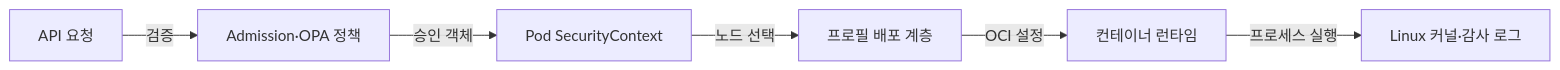
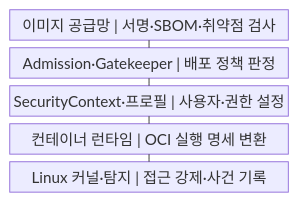
One commit to agnusdei1207/knowledge-base changed the first of 2 diagrams in src/content/docs/notes/03-software/158_container_security.md. Above: the diagram before and after it, drawn with Mermaid. The commit also changed other lines of this file and 20 other files, not shown here.

````diff
--- a/src/content/docs/notes/03-software/158_container_security.md
+++ b/src/content/docs/notes/03-software/158_container_security.md
@@ -62,8 +56,13 @@
 ```mermaid
-flowchart LR
-    A["API 요청"] -->|"검증"| P["Admission·OPA 정책"]
-    P -->|"승인 객체"| S["Pod SecurityContext"]
-    S -->|"노드 선택"| D["프로필 배포 계층"]
-    D -->|"OCI 설정"| R["컨테이너 런타임"]
-    R -->|"프로세스 실행"| K["Linux 커널·감사 로그"]
+block
+    columns 1
+    A["이미지 공급망 | 서명·SBOM·취약점 검사"]
+    B["Admission·Gatekeeper | 배포 정책 판정"]
+    C["SecurityContext·프로필 | 사용자·권한 설정"]
+    D["컨테이너 런타임 | OCI 실행 명세 변환"]
+    E["Linux 커널·탐지 | 접근 강제·사건 기록"]
+    A --- B
+    B --- C
+    C --- D
+    D --- E
 ```
````
